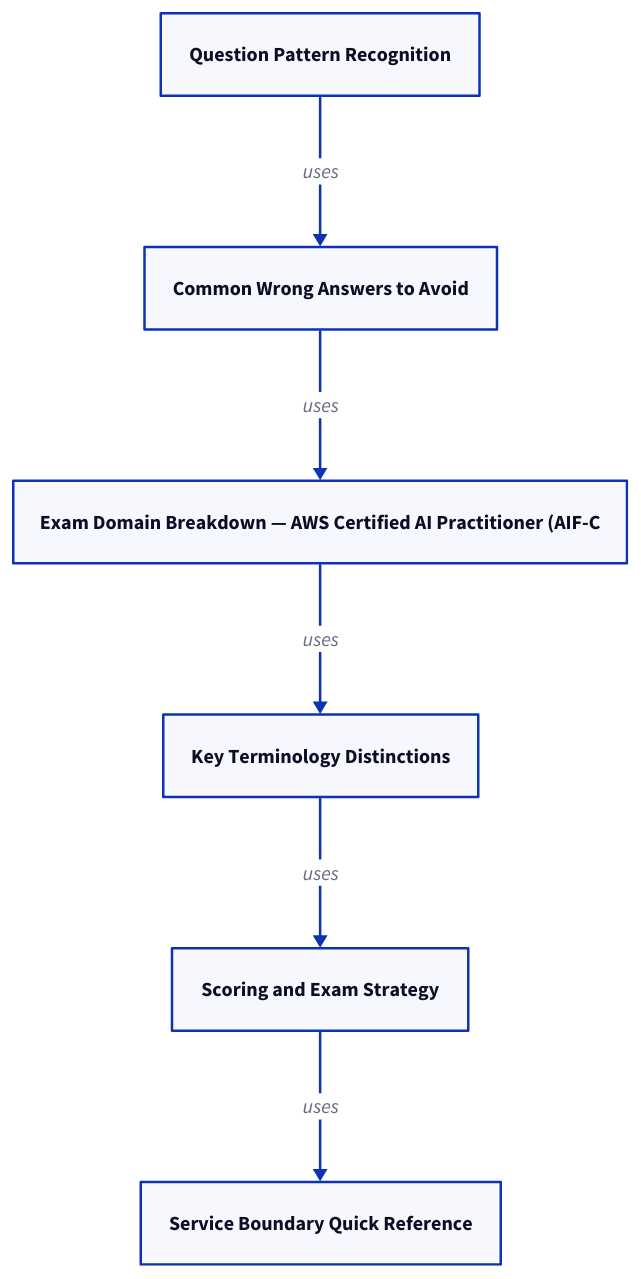
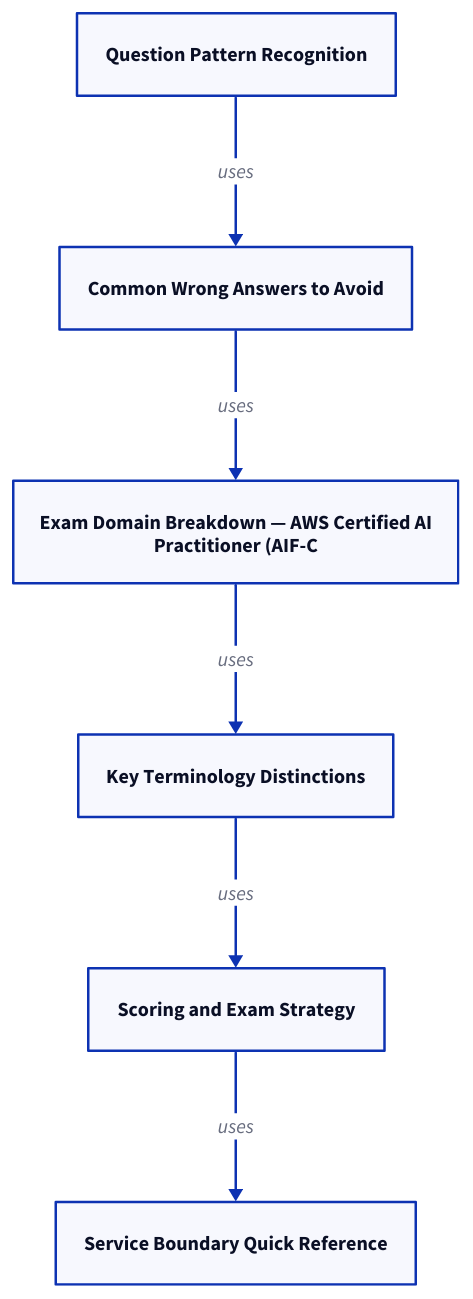
Before and after one commit to canast01/chris-kb: the diagram in docs/cloud/ai/certifications/practice-notes/index.md, drawn with D2. The commit also changed 192 other files, not shown here.

````diff
--- a/docs/cloud/ai/certifications/practice-notes/index.md
+++ b/docs/cloud/ai/certifications/practice-notes/index.md
@@ -11,16 +11,16 @@
 ```d2
 direction: down
 
 question_pattern_recognition: "Question Pattern Recognition" {shape: rectangle}
 common_wrong_answers_to_avoid: "Common Wrong Answers to Avoid" {shape: rectangle}
-exam_domain_breakdown_aws_certified_: "Exam Domain Breakdown — AWS Certified AI Practitioner (AIF-C" {shape: rectangle}
+exam_domain_breakdown_aws_certified_: "Exam Domain Breakdown — AWS Certified AI\nPractitioner (AIF-C" {shape: rectangle}
 key_terminology_distinctions: "Key Terminology Distinctions" {shape: rectangle}
 scoring_and_exam_strategy: "Scoring and Exam Strategy" {shape: rectangle}
 service_boundary_quick_reference: "Service Boundary Quick Reference" {shape: rectangle}
 
 question_pattern_recognition -> common_wrong_answers_to_avoid: uses
 common_wrong_answers_to_avoid -> exam_domain_breakdown_aws_certified_: uses
 exam_domain_breakdown_aws_certified_ -> key_terminology_distinctions: uses
 key_terminology_distinctions -> scoring_and_exam_strategy: uses
 scoring_and_exam_strategy -> service_boundary_quick_reference: uses
 ```
````
